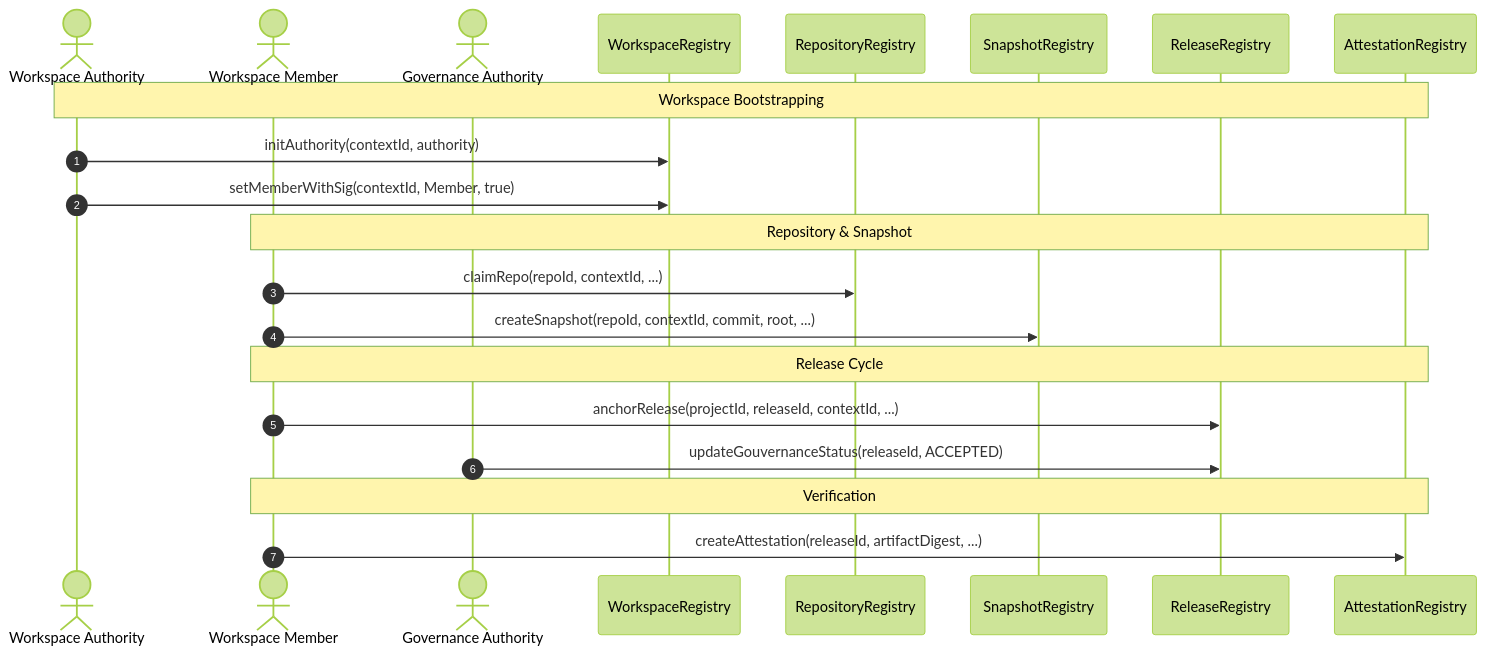
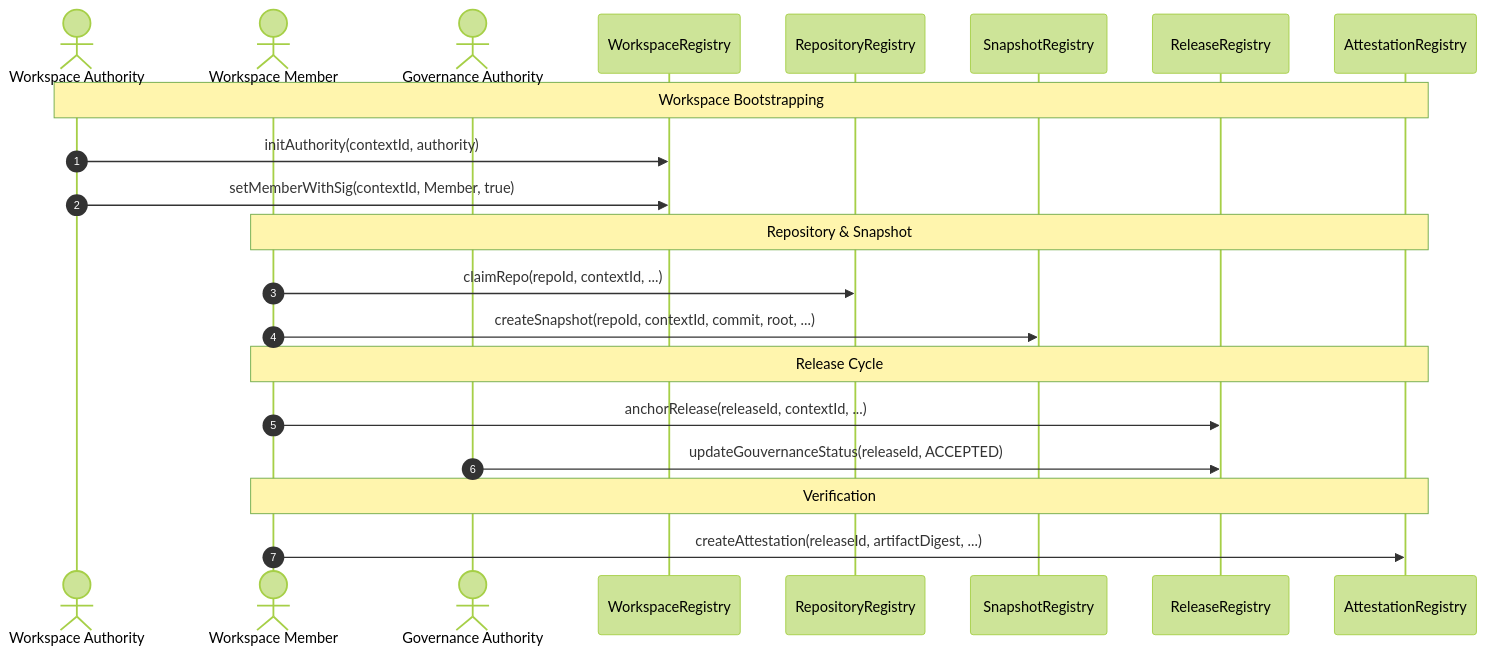
The second of 2 diagrams in docs/ARCHITECTURE.md (codequill-claim/contracts), drawn with Mermaid (forest theme) before and after one commit. The commit also changed 5 other files, not shown here.

````diff
--- a/docs/ARCHITECTURE.md
+++ b/docs/ARCHITECTURE.md
@@ -68,27 +68,27 @@
 ```mermaid
 sequenceDiagram
     autonumber
     actor Authority as Workspace Authority
     actor Member as Workspace Member
     actor Gov as Governance Authority
     participant WR as WorkspaceRegistry
     participant RR as RepositoryRegistry
     participant SR as SnapshotRegistry
     participant RL as ReleaseRegistry
     participant AR as AttestationRegistry
 
     Note over Authority, AR: Workspace Bootstrapping
     Authority->>WR: initAuthority(contextId, authority)
     Authority->>WR: setMemberWithSig(contextId, Member, true)
 
     Note over Member, AR: Repository & Snapshot
     Member->>RR: claimRepo(repoId, contextId, ...)
     Member->>SR: createSnapshot(repoId, contextId, commit, root, ...)
 
     Note over Member, AR: Release Cycle
-    Member->>RL: anchorRelease(projectId, releaseId, contextId, ...)
+    Member->>RL: anchorRelease(releaseId, contextId, ...)
     Gov->>RL: updateGouvernanceStatus(releaseId, ACCEPTED)
 
     Note over Member, AR: Verification
     Member->>AR: createAttestation(releaseId, artifactDigest, ...)
 ```
````
